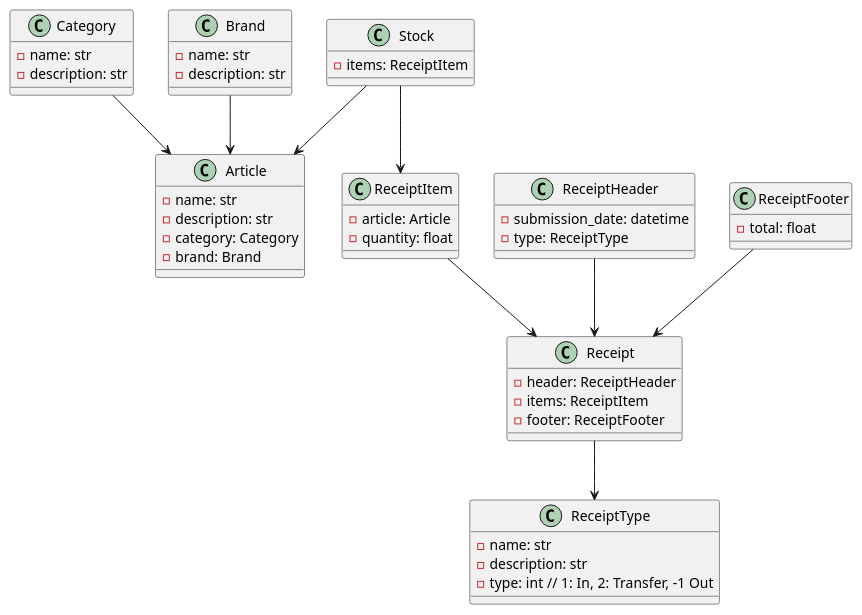
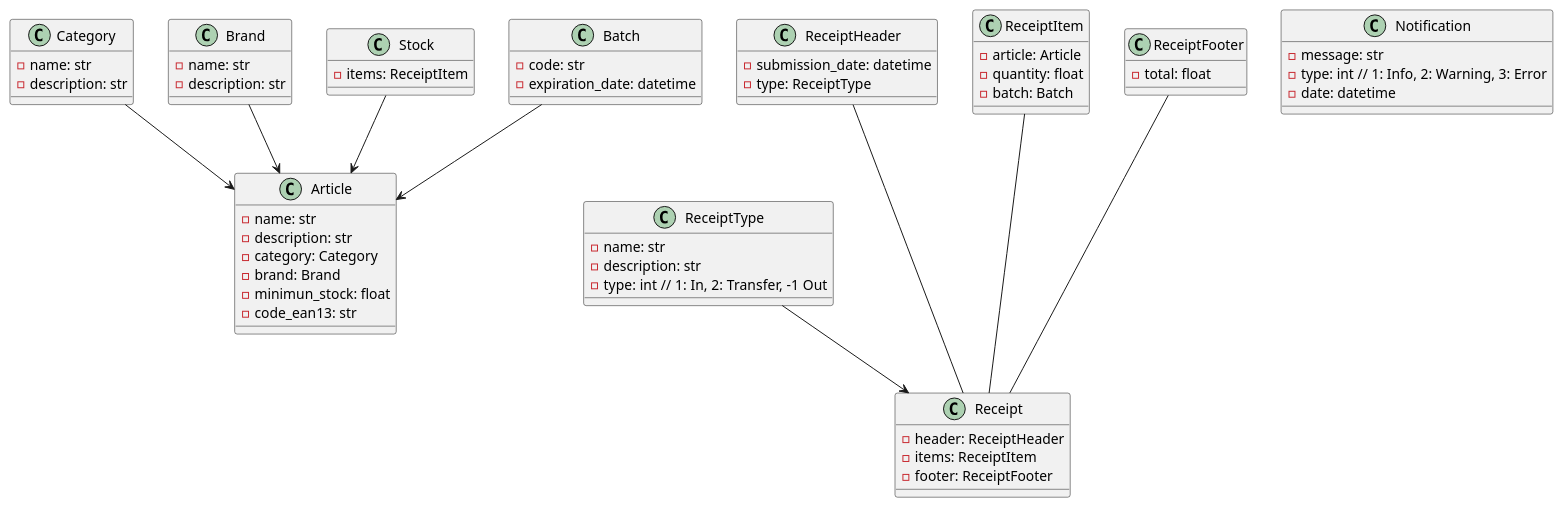
One commit to ElielMato/gestion_system changed the diagram in docs/class_diagram.puml. Above: the diagram before and after it, drawn with PlantUML.

Commit message:
#2 Add the batch class and notification class

```diff
--- a/docs/class_diagram.puml
+++ b/docs/class_diagram.puml
@@ -1,62 +1,74 @@
 @startuml ClassDiagram
 
 class Article {
     - name: str
     - description: str 
     - category: Category
     - brand: Brand
+    - minimun_stock: float
+    - code_ean13: str
 }
 
 class Category {
     - name: str
     - description: str
 }
 
 class Brand {
     - name: str
     - description: str
 }
 
 class Stock {
     - items: ReceiptItem
 }
 
 class ReceiptType {
     - name: str
     - description: str
     - type: int // 1: In, 2: Transfer, -1 Out
 }
 
 class ReceiptHeader {
     - submission_date: datetime
     - type: ReceiptType
 }
 
 class ReceiptItem {
     - article: Article
     - quantity: float
+    - batch: Batch
 }
 
 class ReceiptFooter {
     - total: float
 }
 
 class Receipt {
     - header: ReceiptHeader
     - items: ReceiptItem
     - footer: ReceiptFooter
 }
 
+class Notification {
+    - message: str
+    - type: int // 1: Info, 2: Warning, 3: Error
+    - date: datetime
+}
+
+class Batch {
+    - code: str
+    - expiration_date: datetime
+}
+
 Stock --> Article
 Brand --> Article
 Category --> Article
+Batch --> Article
 
-Stock --> ReceiptItem
-
-ReceiptHeader --> Receipt
-ReceiptItem --> Receipt
-ReceiptFooter --> Receipt
-
-Receipt --> ReceiptType
+ReceiptType --> Receipt 
+ReceiptHeader --- Receipt
+ReceiptItem --- Receipt
+ReceiptFooter --- Receipt
 
 @enduml
```
